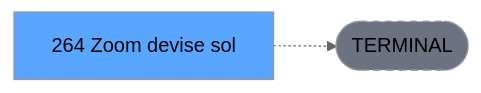
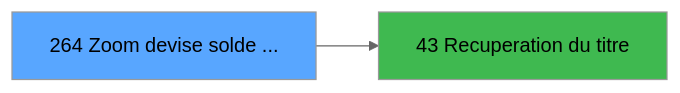
One commit to thonyAGP/magic-migration changed the third of 3 diagrams in .openspec/specs/ADH-IDE-264.md. Above: the diagram before and after it, drawn with Mermaid (neutral theme). The commit also changed other lines of this file and 493 other files, not shown here.

````diff
--- a/.openspec/specs/ADH-IDE-264.md
+++ b/.openspec/specs/ADH-IDE-264.md
@@ -138,8 +189,8 @@
 ```mermaid
 graph LR
-    T[264 Zoom devise sol]
-    TERM([TERMINAL])
-    T -.-> TERM
-    style TERM fill:#6b7280,stroke-dasharray: 5 5
-    style T fill:#58a6ff,color:#000
+    T264[264 Zoom devise solde ...]
+    style T264 fill:#58a6ff
+    C43[43 Recuperation du titre]
+    T264 --> C43
+    style C43 fill:#3fb950
 ```
````
